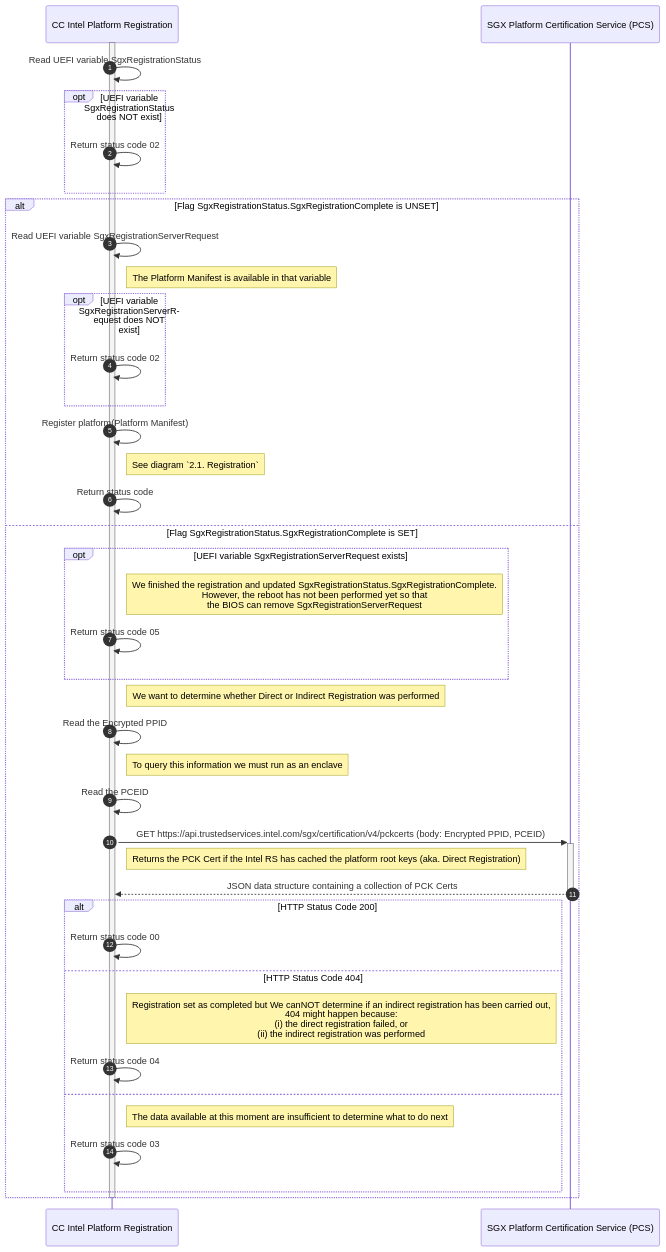
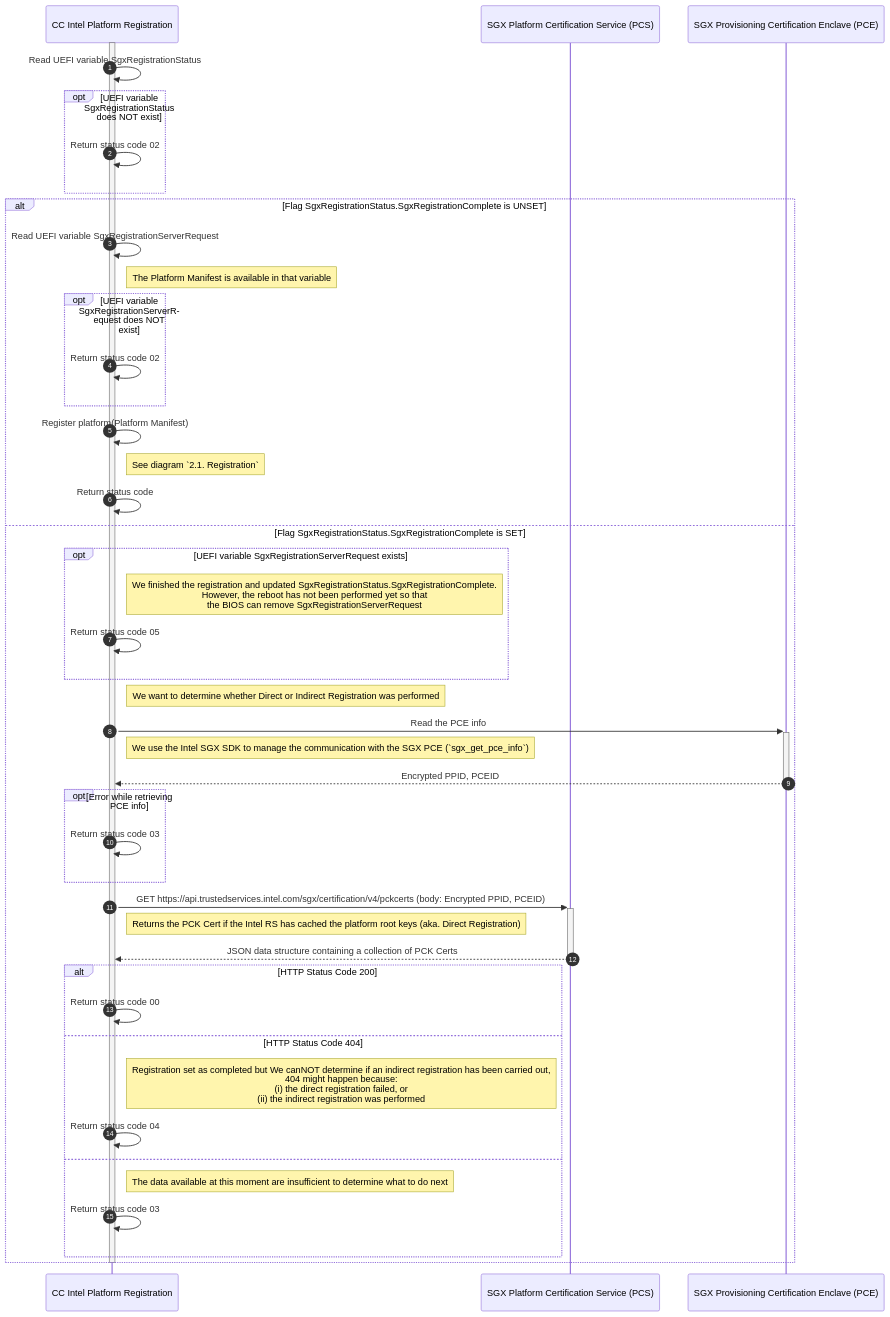
One commit to opensovereigncloud/cc-intel-platform-registration changed the second of 3 diagrams in docs/sequence_diagrams/registration.md. Above: the diagram before and after it, drawn with Mermaid.

Commit message:
Add retrieval of Encrypted PPID

````diff
--- a/docs/sequence_diagrams/registration.md
+++ b/docs/sequence_diagrams/registration.md
@@ -82,57 +82,62 @@
 ```mermaid
 sequenceDiagram
     participant cc_ipr as CC Intel Platform Registration
     participant pcs as SGX Platform Certification Service (PCS)
+    participant pce as SGX Provisioning Certification Enclave (PCE)
 
     autonumber
 
     activate cc_ipr
 
     cc_ipr->>cc_ipr: Read UEFI variable SgxRegistrationStatus
 
     opt UEFI variable SgxRegistrationStatus does NOT exist
         cc_ipr->>cc_ipr: Return status code 02
     end
 
     alt Flag SgxRegistrationStatus.SgxRegistrationComplete is UNSET 
         cc_ipr->>cc_ipr: Read UEFI variable SgxRegistrationServerRequest
         note right of cc_ipr: The Platform Manifest is available in that variable
 
         opt UEFI variable SgxRegistrationServerRequest does NOT exist
             cc_ipr->>cc_ipr: Return status code 02
         end
 
         cc_ipr->>cc_ipr: Register platform(Platform Manifest)
         note right of cc_ipr: See diagram `2.1. Registration`
 
         cc_ipr->>cc_ipr: Return status code
 
     else Flag SgxRegistrationStatus.SgxRegistrationComplete is SET
         opt UEFI variable SgxRegistrationServerRequest exists
             note right of cc_ipr: We finished the registration and updated SgxRegistrationStatus.SgxRegistrationComplete.<br> However, the reboot has not been performed yet so that<br> the BIOS can remove SgxRegistrationServerRequest
             cc_ipr->>cc_ipr: Return status code 05
         end
 
         note right of cc_ipr: We want to determine whether Direct or Indirect Registration was performed
-        cc_ipr->>cc_ipr: Read the Encrypted PPID
-        note right of cc_ipr: To query this information we must run as an enclave
 
-        cc_ipr->>cc_ipr: Read the PCEID
+        cc_ipr->>+pce: Read the PCE info 
+            note right of cc_ipr: We use the Intel SGX SDK to manage the communication with the SGX PCE (`sgx_get_pce_info`)
+        pce-->>-cc_ipr: Encrypted PPID, PCEID
+
+        opt Error while retrieving PCE info
+            cc_ipr->>cc_ipr: Return status code 03
+        end
 
         cc_ipr->>+pcs: GET https://api.trustedservices.intel.com/sgx/certification/v4/pckcerts (body: Encrypted PPID, PCEID)
             note right of cc_ipr: Returns the PCK Cert if the Intel RS has cached the platform root keys (aka. Direct Registration)
         pcs-->>-cc_ipr: JSON data structure containing a collection of PCK Certs
 
         alt HTTP Status Code 200
             cc_ipr->>cc_ipr: Return status code 00
         else HTTP Status Code 404
             note right of cc_ipr: Registration set as completed but We canNOT determine if an indirect registration has been carried out,<br> 404 might happen because:<br> (i) the direct registration failed, or<br> (ii) the indirect registration was performed
             cc_ipr->>cc_ipr: Return status code 04
         else
             note right of cc_ipr: The data available at this moment are insufficient to determine what to do next
             cc_ipr->>cc_ipr: Return status code 03
         end     
     end
 
     deactivate cc_ipr
 ```
````
